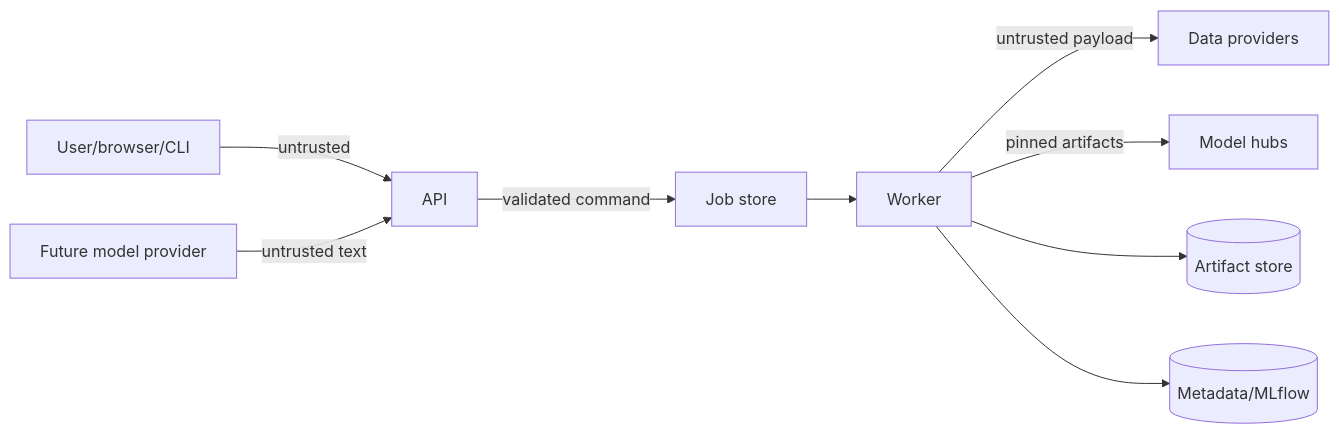
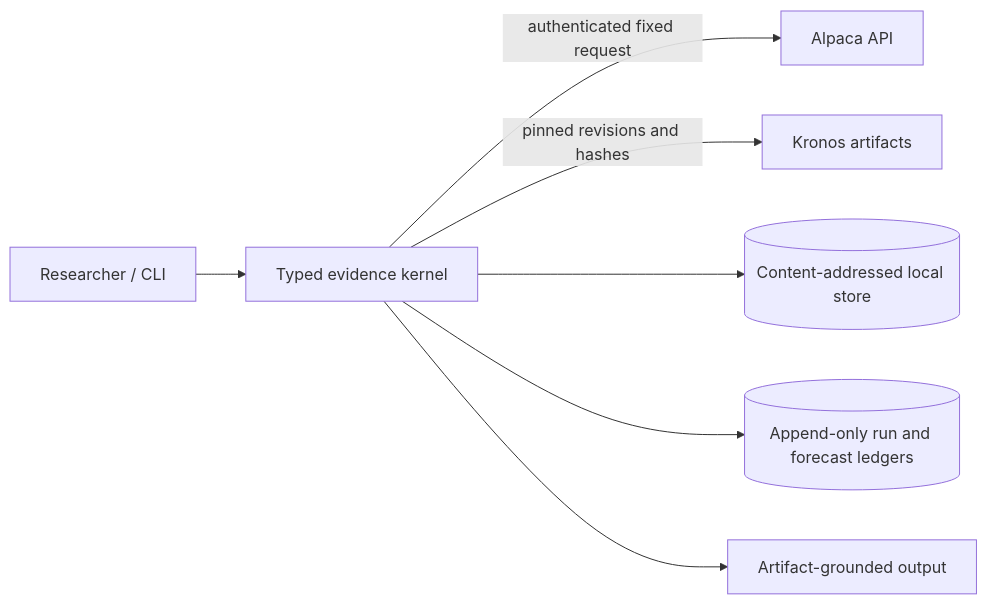
Before and after one commit to ThomasCaruso/OpenAlpha: the diagram in docs/THREAT_MODEL.md, drawn with Mermaid. The commit also changed other lines of this file and 22 other files, not shown here.

````diff
--- a/docs/THREAT_MODEL.md
+++ b/docs/THREAT_MODEL.md
@@ -19,11 +9,9 @@
 ```mermaid
 flowchart LR
-    User[User/browser/CLI] -->|untrusted| API[API]
-    API -->|validated command| Queue[Job store]
-    Queue --> Worker[Worker]
-    Worker -->|untrusted payload| Providers[Data providers]
-    Worker -->|pinned artifacts| Models[Model hubs]
-    Worker --> Artifacts[(Artifact store)]
-    Worker --> Metadata[(Metadata/MLflow)]
-    Copilot[Future model provider] -->|untrusted text| API
+    User[Researcher / CLI] --> Kernel[Typed evidence kernel]
+    Kernel -->|authenticated fixed request| Alpaca[Alpaca API]
+    Kernel -->|pinned revisions and hashes| Kronos[Kronos artifacts]
+    Kernel --> Store[(Content-addressed local store)]
+    Kernel --> Journal[(Append-only run and forecast ledgers)]
+    Kernel --> Report[Artifact-grounded output]
 ```
````
